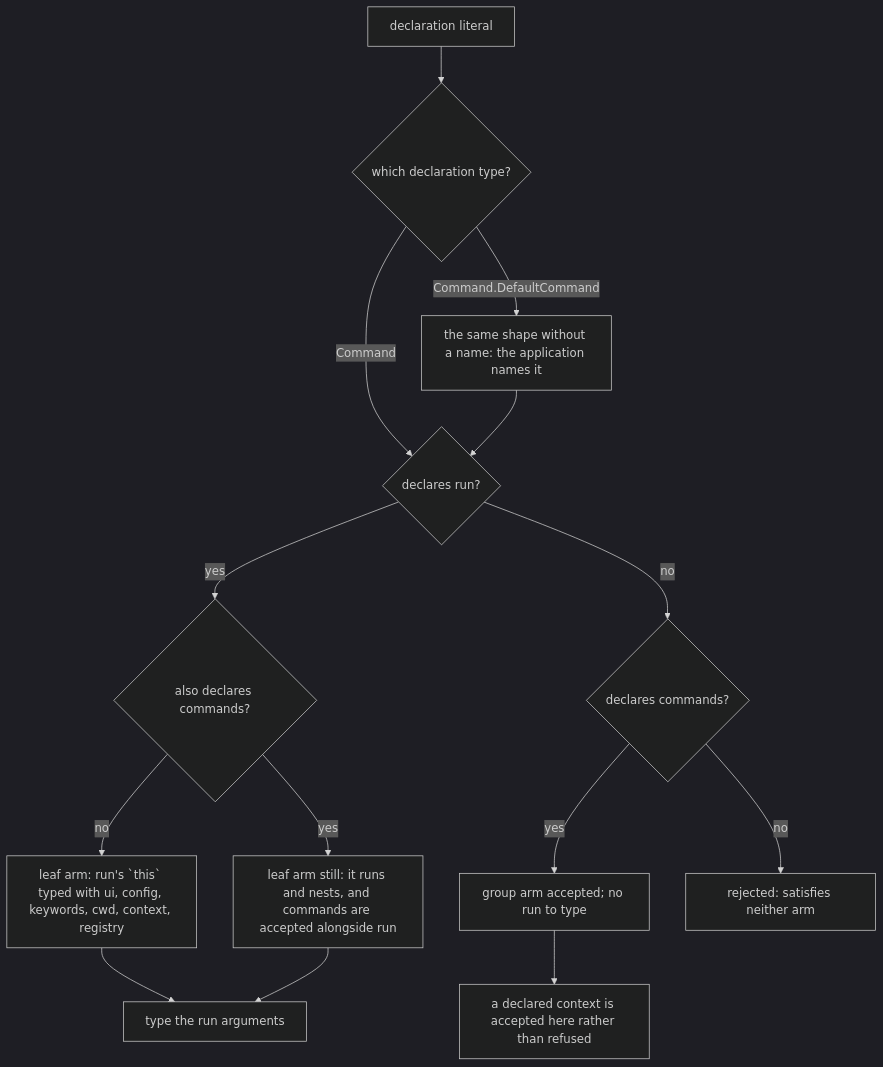
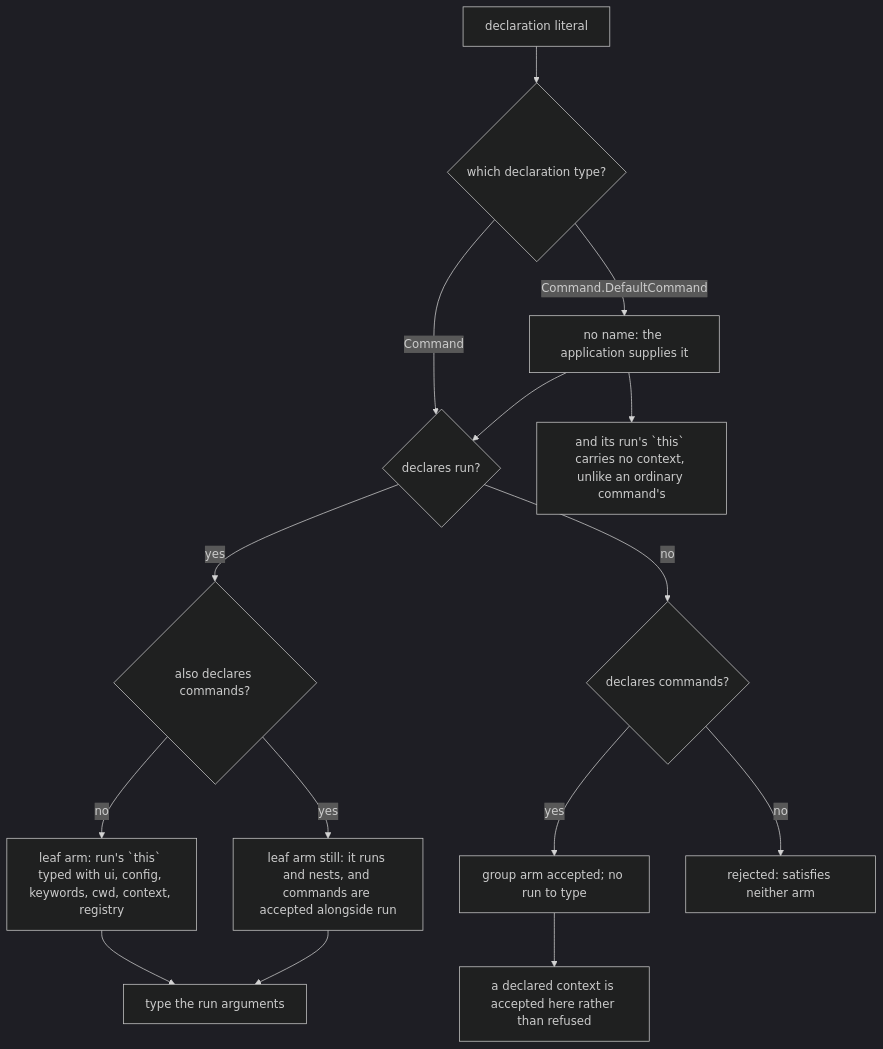
Before and after one commit to clibuilder/clibuilder: the first of 3 diagrams in packages/clibuilder/.agents/spec/command-definition/README.md, drawn with Mermaid (dark theme). The commit also changed other lines of this file and 1 other file, not shown here.

First line of the commit message:
docs(clibuilder): re-derive command-definition and correct two claims

````diff
--- a/packages/clibuilder/.agents/spec/command-definition/README.md
+++ b/packages/clibuilder/.agents/spec/command-definition/README.md
@@ -141,16 +142,17 @@
 ```mermaid
 graph TD
   D[declaration literal] --> ND{which declaration type?}
   ND -- "Command" --> R{declares run?}
-  ND -- "Command.DefaultCommand" --> DFC[the same shape without a name: the application names it]
+  ND -- "Command.DefaultCommand" --> DFC[no name: the application supplies it]
+  DFC --> DFCX[and its run's `this` carries no context, unlike an ordinary command's]
   DFC --> R
   R -- yes --> RN{also declares commands?}
   RN -- no --> RC[leaf arm: run's `this` typed with ui, config, keywords, cwd, context, registry]
   RN -- yes --> RB[leaf arm still: it runs and nests, and commands are accepted alongside run]
   R -- no --> C{declares commands?}
   C -- yes --> GC[group arm accepted; no run to type]
   GC --> GCX[a declared context is accepted here rather than refused]
   C -- no --> X[rejected: satisfies neither arm]
   RC --> ARGS[type the run arguments]
   RB --> ARGS
 ```
````
